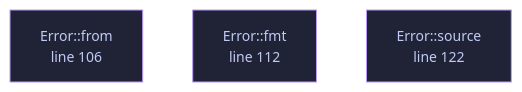
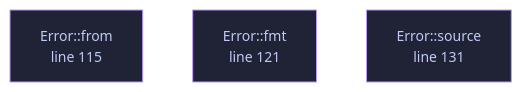
One commit to tilas01/veilvoice changed the diagram in docs/files/veilvoice-guard/lib.md. Above: the diagram before and after it, drawn with Mermaid. The commit also changed other lines of this file and 550 other files, not shown here.

````diff
--- a/docs/files/veilvoice-guard/lib.md
+++ b/docs/files/veilvoice-guard/lib.md
@@ -113,14 +113,14 @@
 ```mermaid
 %%{init: {"theme":"base","themeVariables":{"background":"#1a1b26","primaryColor":"#1f2335","primaryTextColor":"#c0caf5","primaryBorderColor":"#7aa2f7","secondaryColor":"#16161e","tertiaryColor":"#16161e","lineColor":"#737aa2","textColor":"#c0caf5","mainBkg":"#1f2335","nodeBorder":"#7aa2f7","clusterBkg":"#16161e","clusterBorder":"#2f3549","fontFamily":"ui-monospace, SFMono-Regular, Consolas, monospace","fontSize":"14px"}}}%%
 flowchart TD
-    n_from["Error::from<br/>line 100"]
-    n_from["Error::from<br/>line 106"]
-    n_fmt["Error::fmt<br/>line 112"]
-    n_source["Error::source<br/>line 122"]
-    click n_from href "https://github.com/tilas01/veilvoice/blob/main/crates/veilvoice-guard/src/lib.rs#L100" "open the source"
-    click n_from href "https://github.com/tilas01/veilvoice/blob/main/crates/veilvoice-guard/src/lib.rs#L106" "open the source"
-    click n_fmt href "https://github.com/tilas01/veilvoice/blob/main/crates/veilvoice-guard/src/lib.rs#L112" "open the source"
-    click n_source href "https://github.com/tilas01/veilvoice/blob/main/crates/veilvoice-guard/src/lib.rs#L122" "open the source"
+    n_from["Error::from<br/>line 109"]
+    n_from["Error::from<br/>line 115"]
+    n_fmt["Error::fmt<br/>line 121"]
+    n_source["Error::source<br/>line 131"]
+    click n_from href "https://github.com/tilas01/veilvoice/blob/main/crates/veilvoice-guard/src/lib.rs#L109" "open the source"
+    click n_from href "https://github.com/tilas01/veilvoice/blob/main/crates/veilvoice-guard/src/lib.rs#L115" "open the source"
+    click n_fmt href "https://github.com/tilas01/veilvoice/blob/main/crates/veilvoice-guard/src/lib.rs#L121" "open the source"
+    click n_source href "https://github.com/tilas01/veilvoice/blob/main/crates/veilvoice-guard/src/lib.rs#L131" "open the source"
     classDef helper fill:#1f2335,stroke:#bb9af7,color:#c0caf5
     class n_from,n_from,n_fmt,n_source helper
 ```
````
